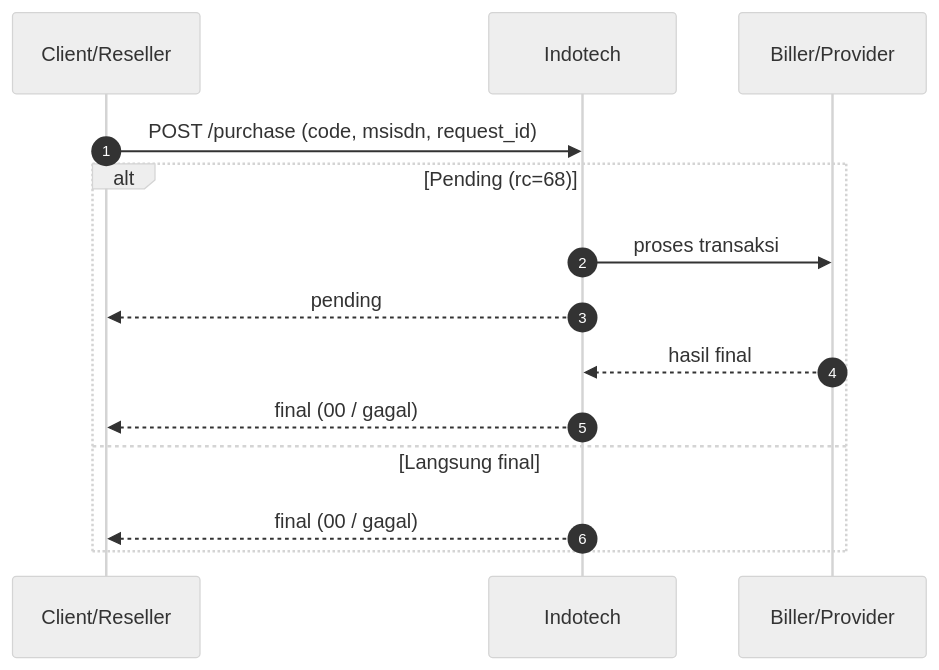
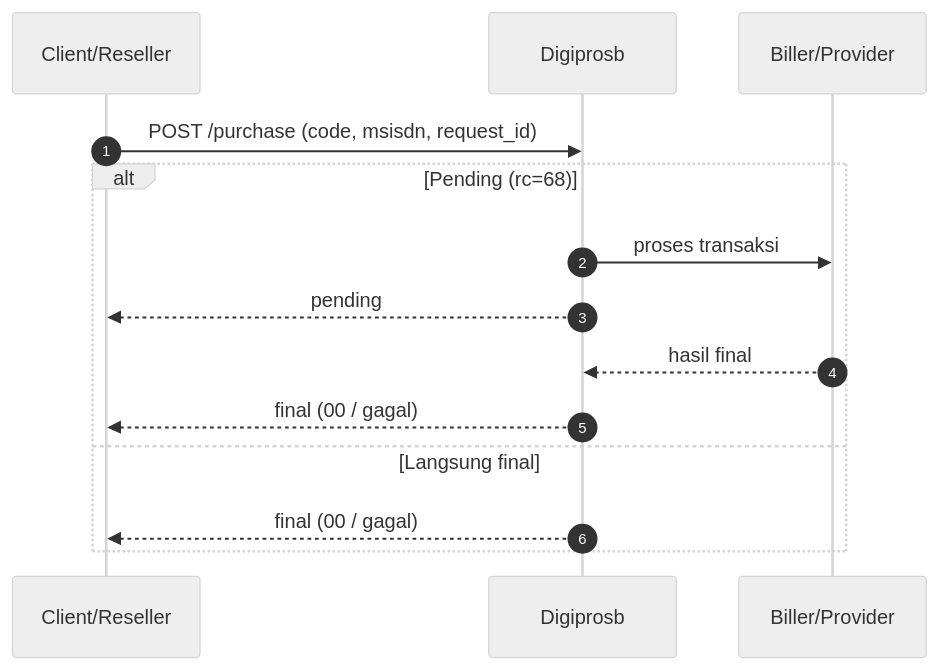
One commit to digiprosb/digiprosb-api-documentation changed the first of 2 diagrams in doc/02-persiapan-integrasi.md. Above: the diagram before and after it, drawn with Mermaid (neutral theme). The commit also changed other lines of this file and 16 other files, not shown here.

````diff
--- a/doc/02-persiapan-integrasi.md
+++ b/doc/02-persiapan-integrasi.md
@@ -66,17 +66,17 @@
 ```mermaid
 sequenceDiagram
   autonumber
   participant Client as Client/Reseller
-  participant Indotech as Indotech
+  participant Digiprosb as Digiprosb
   participant Biller as Biller/Provider
 
-  Client->>Indotech: POST /purchase (code, msisdn, request_id)
+  Client->>Digiprosb: POST /purchase (code, msisdn, request_id)
   alt Pending (rc=68)
-    Indotech->>Biller: proses transaksi
-    Indotech-->>Client: pending
-    Biller-->>Indotech: hasil final
-    Indotech-->>Client: final (00 / gagal)
+    Digiprosb->>Biller: proses transaksi
+    Digiprosb-->>Client: pending
+    Biller-->>Digiprosb: hasil final
+    Digiprosb-->>Client: final (00 / gagal)
   else Langsung final
-    Indotech-->>Client: final (00 / gagal)
+    Digiprosb-->>Client: final (00 / gagal)
   end
 ```
````
